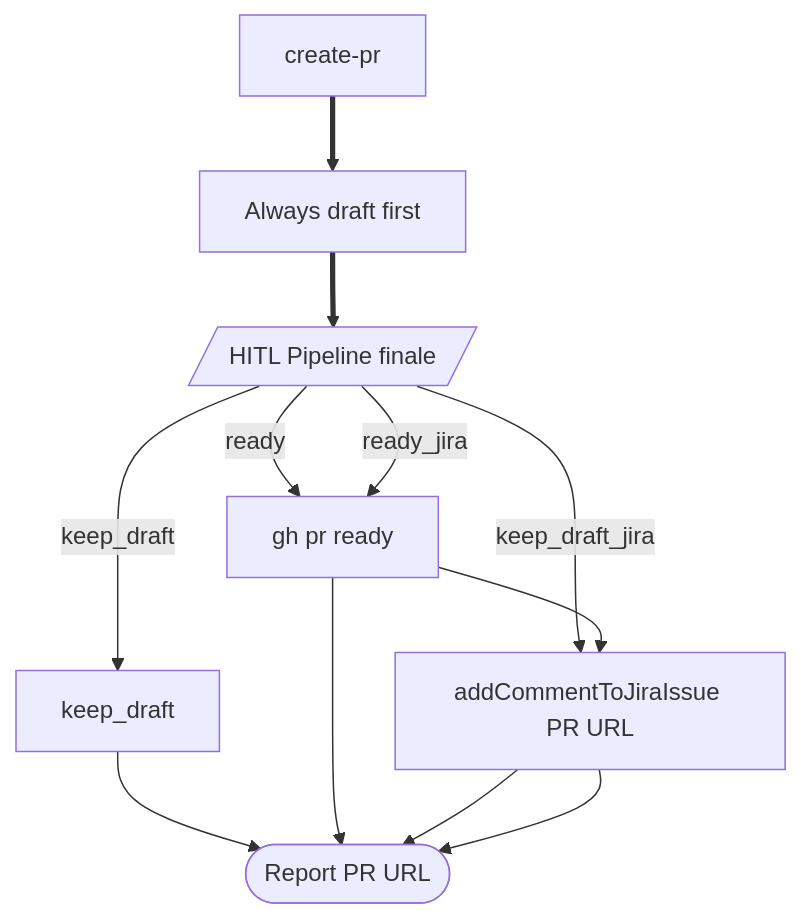
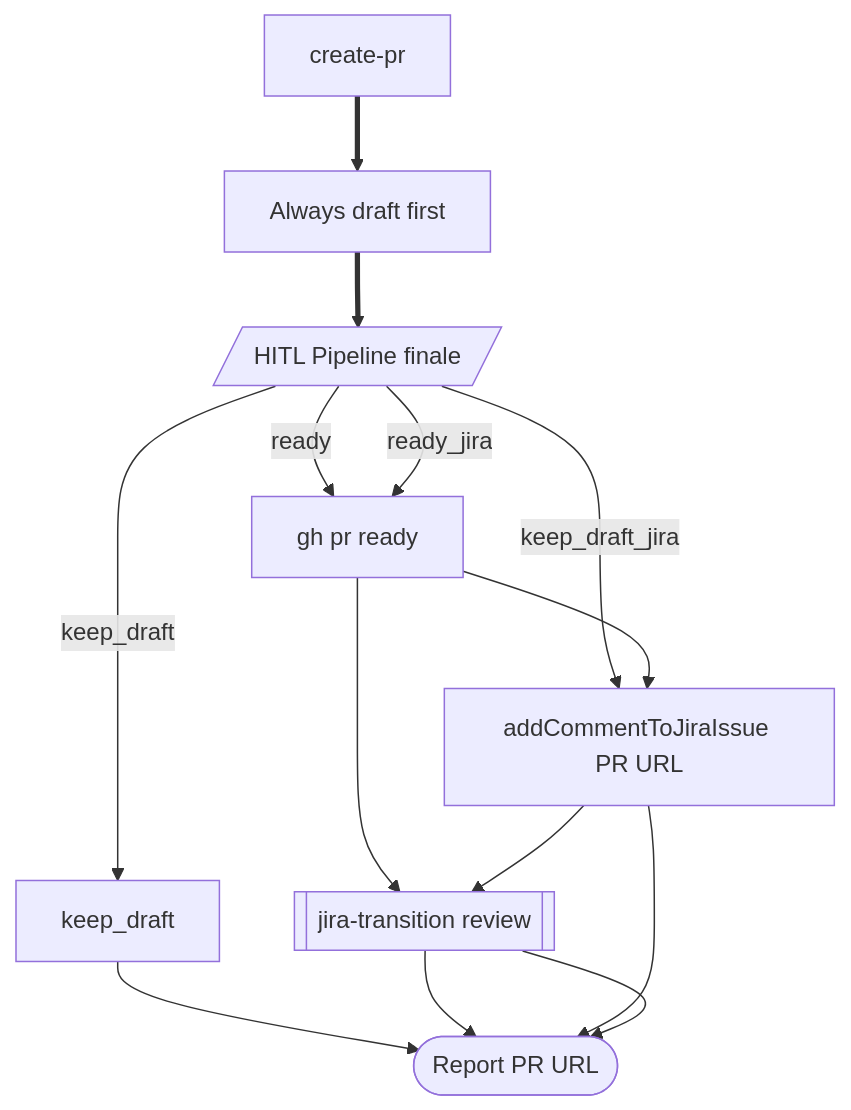
One commit to a-trembak/cursor-spells changed diagram 12 of 12 in docs/superpowers/pipeline-flow.md. Above: the diagram before and after it, drawn with Mermaid. The commit also changed other lines of this file and 14 other files, not shown here.

First line of the commit message:
feat(jira): move tickets to In Progress and Review (#30)

````diff
--- a/docs/superpowers/pipeline-flow.md
+++ b/docs/superpowers/pipeline-flow.md
@@ -449,16 +453,17 @@
 ```mermaid
 flowchart TD
   startPr["create-pr"]
   draft["Always draft first"]
   hitl[/"HITL Pipeline finale"/]
   keep["keep_draft"]
   ready["gh pr ready"]
   jiraC["addCommentToJiraIssue PR URL"]
+  jiraRev[["jira-transition review"]]
   done(["Report PR URL"])
 
   startPr ==> draft ==> hitl
   hitl -->|"keep_draft"| keep --> done
-  hitl -->|"ready"| ready --> done
+  hitl -->|"ready"| ready --> jiraRev --> done
   hitl -->|"keep_draft_jira"| jiraC --> done
-  hitl -->|"ready_jira"| ready --> jiraC --> done
+  hitl -->|"ready_jira"| ready --> jiraC --> jiraRev --> done
 ```
````
